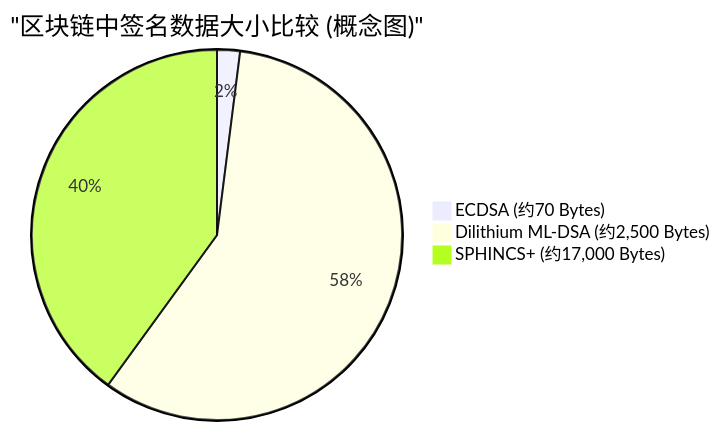
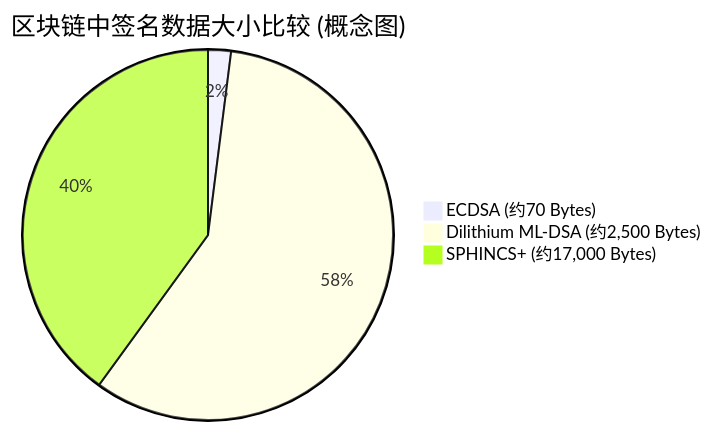
One commit to kenjinote/blog changed the third of 3 diagrams in content/post/ポスト量子時代のブロックチェーン/index.zh-cn.md. Above: the diagram before and after it, drawn with Mermaid. The commit also changed other lines of this file and 703 other files, not shown here.

Commit message:
Fix: Remove quotes from Mermaid link texts and timeline definitions to support Mermaid 11.4.1

````diff
--- a/content/post/ポスト量子時代のブロックチェーン/index.zh-cn.md
+++ b/content/post/ポスト量子時代のブロックチェーン/index.zh-cn.md
@@ -277,6 +277,6 @@
 ```mermaid
-pie title "区块链中签名数据大小比较 (概念图)"
+pie title 区块链中签名数据大小比较 (概念图)
     "ECDSA (约70 Bytes)" : 2
     "Dilithium ML-DSA (约2,500 Bytes)" : 58
     "SPHINCS+ (约17,000 Bytes)" : 40
 ```
````
